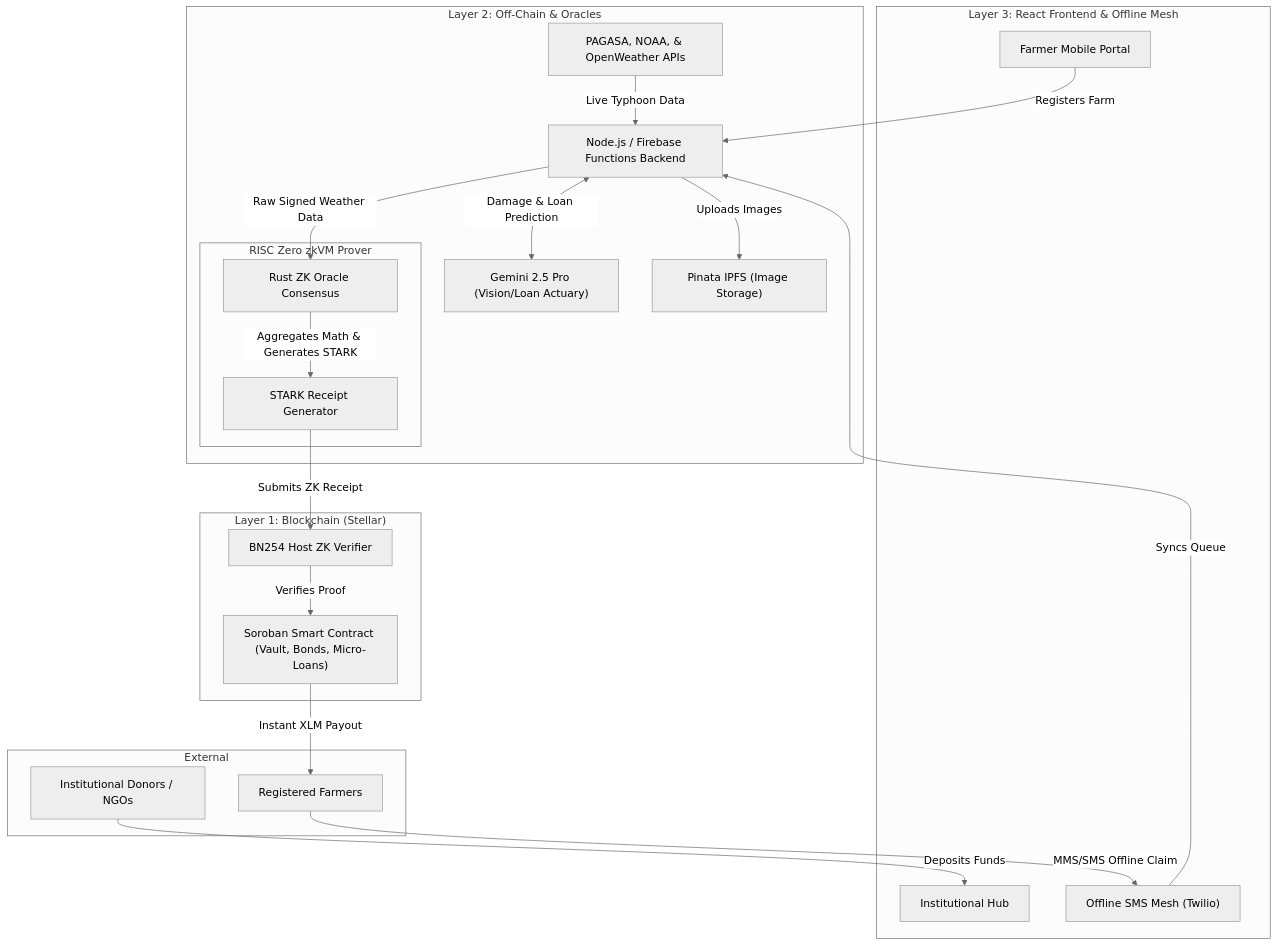
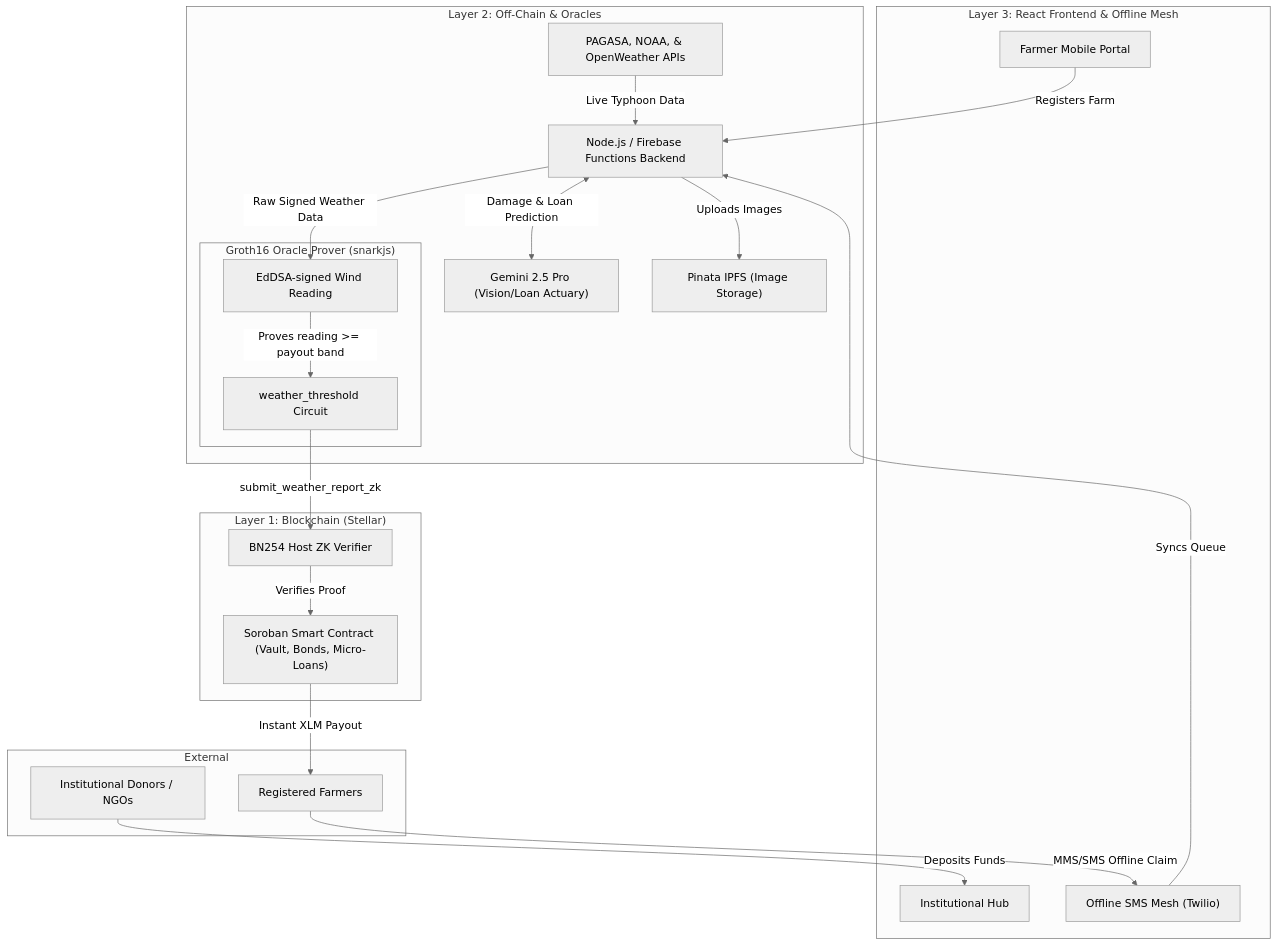
One commit to PrinceDale99/TyFi changed the diagram in README.md. Above: the diagram before and after it, drawn with Mermaid (neutral theme). The commit also changed other lines of this file, not shown here.

Commit message:
docs(readme): describe the Groth16 pipeline that ships instead of RISC Zero/Noir

````diff
--- a/README.md
+++ b/README.md
@@ -111,43 +111,43 @@
 ```mermaid
 graph TD
     subgraph L3 ["Layer 3: React Frontend & Offline Mesh"]
         FMP["Farmer Mobile Portal"]
         IH["Institutional Hub"]
         SMS["Offline SMS Mesh (Twilio)"]
     end
 
     subgraph L2 ["Layer 2: Off-Chain & Oracles"]
         BE["Node.js / Firebase Functions Backend"]
         AI["Gemini 2.5 Pro (Vision/Loan Actuary)"]
         IPFS["Pinata IPFS (Image Storage)"]
         Oracle["PAGASA, NOAA, & OpenWeather APIs"]
         
-        subgraph ZK ["RISC Zero zkVM Prover"]
-            NC["Rust ZK Oracle Consensus"]
-            BB["STARK Receipt Generator"]
+        subgraph ZK ["Groth16 Oracle Prover (snarkjs)"]
+            NC["EdDSA-signed Wind Reading"]
+            BB["weather_threshold Circuit"]
         end
     end
 
     subgraph L1 ["Layer 1: Blockchain (Stellar)"]
         SC["Soroban Smart Contract (Vault, Bonds, Micro-Loans)"]
         ZKV["BN254 Host ZK Verifier"]
     end
     
     subgraph Users ["External"]
         NGO["Institutional Donors / NGOs"]
         Farmer["Registered Farmers"]
     end
 
     NGO -->|"Deposits Funds"| IH
     FMP -->|"Registers Farm"| BE
     Farmer -->|"MMS/SMS Offline Claim"| SMS
     SMS -->|"Syncs Queue"| BE
     Oracle -->|"Live Typhoon Data"| BE
     BE -->|"Uploads Images"| IPFS
     BE <-->|"Damage & Loan Prediction"| AI
     BE -->|"Raw Signed Weather Data"| NC
-    NC -->|"Aggregates Math & Generates STARK"| BB
-    BB -->|"Submits ZK Receipt"| ZKV
+    NC -->|"Proves reading >= payout band"| BB
+    BB -->|"submit_weather_report_zk"| ZKV
     ZKV -->|"Verifies Proof"| SC
     SC -->|"Instant XLM Payout"| Farmer
 ```
````
